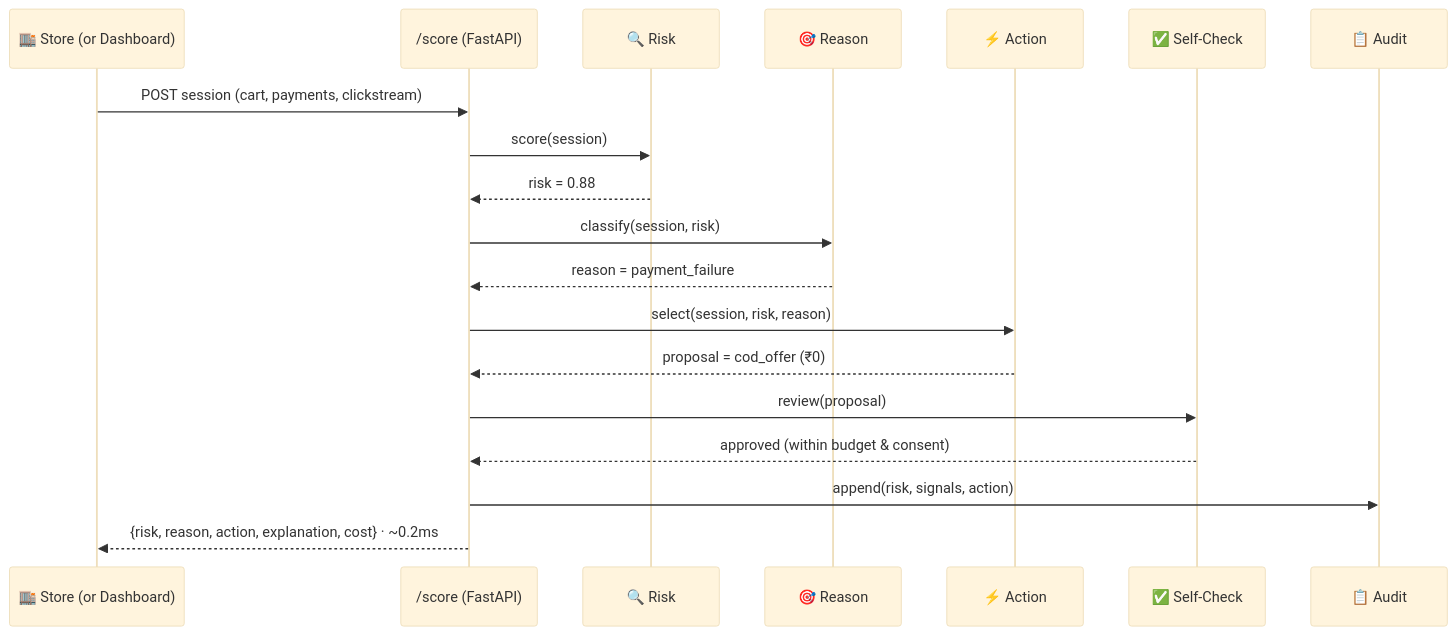
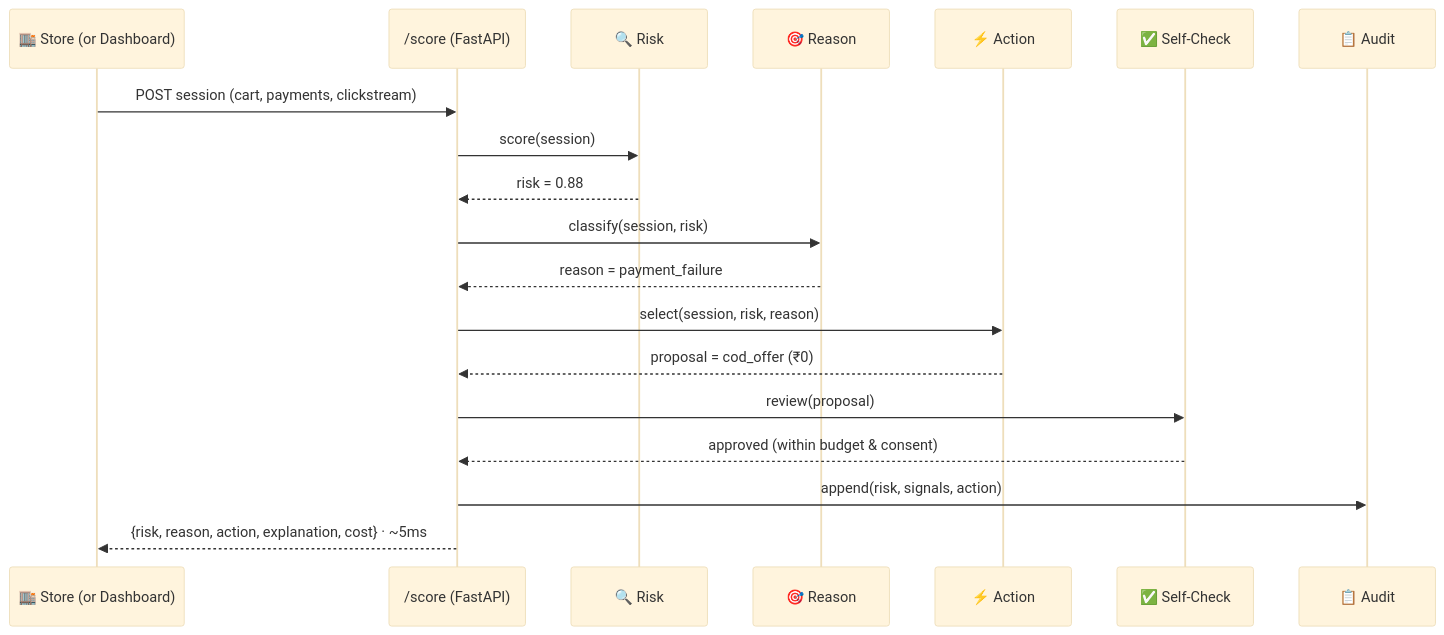
Before and after one commit to Pavanteja-0823/Cartrescue: the third of 3 diagrams in README.md, drawn with Mermaid (base theme). The commit also changed other lines of this file and 24 other files, not shown here.

````diff
--- a/README.md
+++ b/README.md
@@ -86,22 +86,22 @@
 ```mermaid
 sequenceDiagram
     participant Store as 🏬 Store (or Dashboard)
     participant API as /score (FastAPI)
     participant Risk as 🔍 Risk
     participant Reason as 🎯 Reason
     participant Action as ⚡ Action
     participant Check as ✅ Self-Check
     participant Log as 📋 Audit
 
     Store->>API: POST session (cart, payments, clickstream)
     API->>Risk: score(session)
     Risk-->>API: risk = 0.88
     API->>Reason: classify(session, risk)
     Reason-->>API: reason = payment_failure
     API->>Action: select(session, risk, reason)
     Action-->>API: proposal = cod_offer (₹0)
     API->>Check: review(proposal)
     Check-->>API: approved (within budget & consent)
     API->>Log: append(risk, signals, action)
-    API-->>Store: {risk, reason, action, explanation, cost} · ~0.2ms
+    API-->>Store: {risk, reason, action, explanation, cost} · ~5ms
 ```
````
